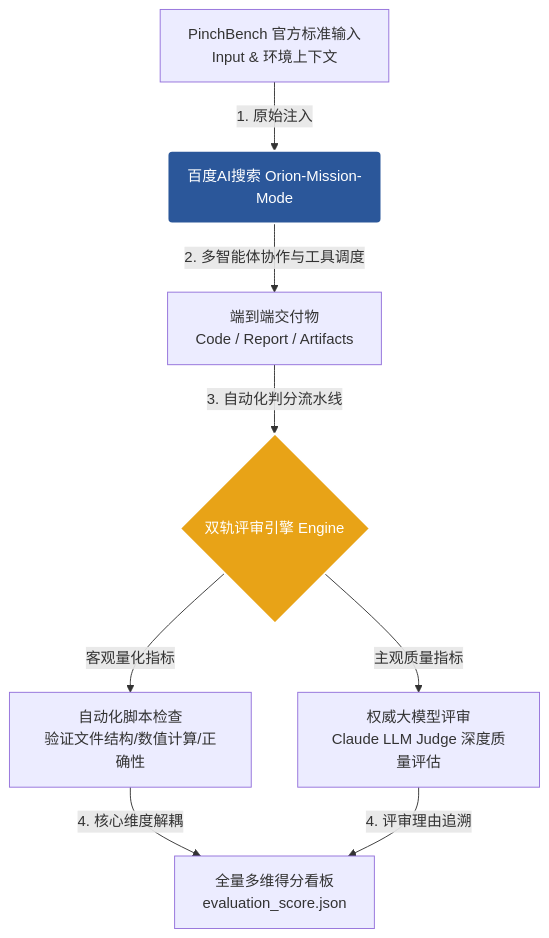
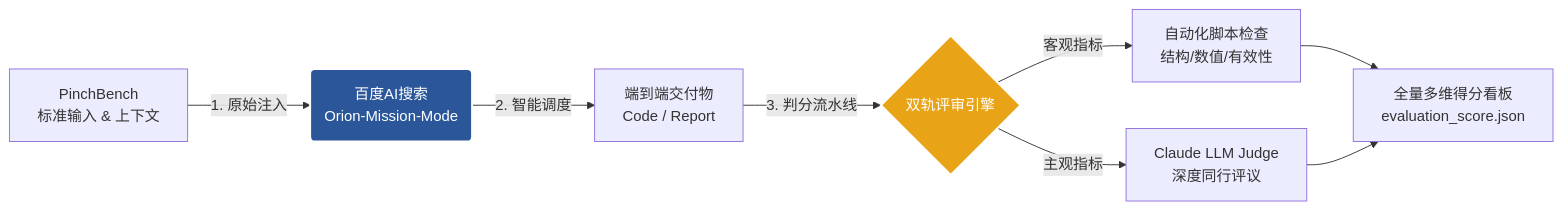
The diagram in README.md (Baidu-AI-Search/Orion-Mission-Mode), drawn with Mermaid before and after one commit. The commit also changed other lines of this file, not shown here.

Commit message:
update 0720-2020

````diff
--- a/README.md
+++ b/README.md
@@ -137,15 +137,15 @@
 ```mermaid
-graph TD
-    A[PinchBench 官方标准输入<br>Input & 环境上下文] -->|1. 原始注入| B(百度AI搜索 Orion-Mission-Mode)
-    B -->|2. 多智能体协作与工具调度| C[端到端交付物<br>Code / Report / Artifacts]
-    C -->|3. 自动化判分流水线| D{双轨评审引擎 Engine}
+graph LR
+    A[PinchBench<br>标准输入 & 上下文] -->|1. 原始注入| B(百度AI搜索<br>Orion-Mission-Mode)
+    B -->|2. 智能调度| C[端到端交付物<br>Code / Report]
+    C -->|3. 判分流水线| D{双轨评审引擎}
     
-    D -->|客观量化指标| E[自动化脚本检查<br>验证文件结构/数值计算/正确性]
-    D -->|主观质量指标| F[权威大模型评审<br>Claude LLM Judge 深度质量评估]
+    D -->|客观指标| E[自动化脚本检查<br>结构/数值/有效性]
+    D -->|主观指标| F[Claude LLM Judge<br>深度同行评议]
     
-    E -->|4. 核心维度解耦| G[全量多维得分看板<br>evaluation_score.json]
-    F -->|4. 评审理由追溯| G
+    E --> G[全量多维得分看板<br>evaluation_score.json]
+    F --> G
     
     style B fill:#2b579a,stroke:#fff,stroke-width:2px,color:#fff
     style D fill:#e8a317,stroke:#fff,stroke-width:2px,color:#fff
 ```
````
